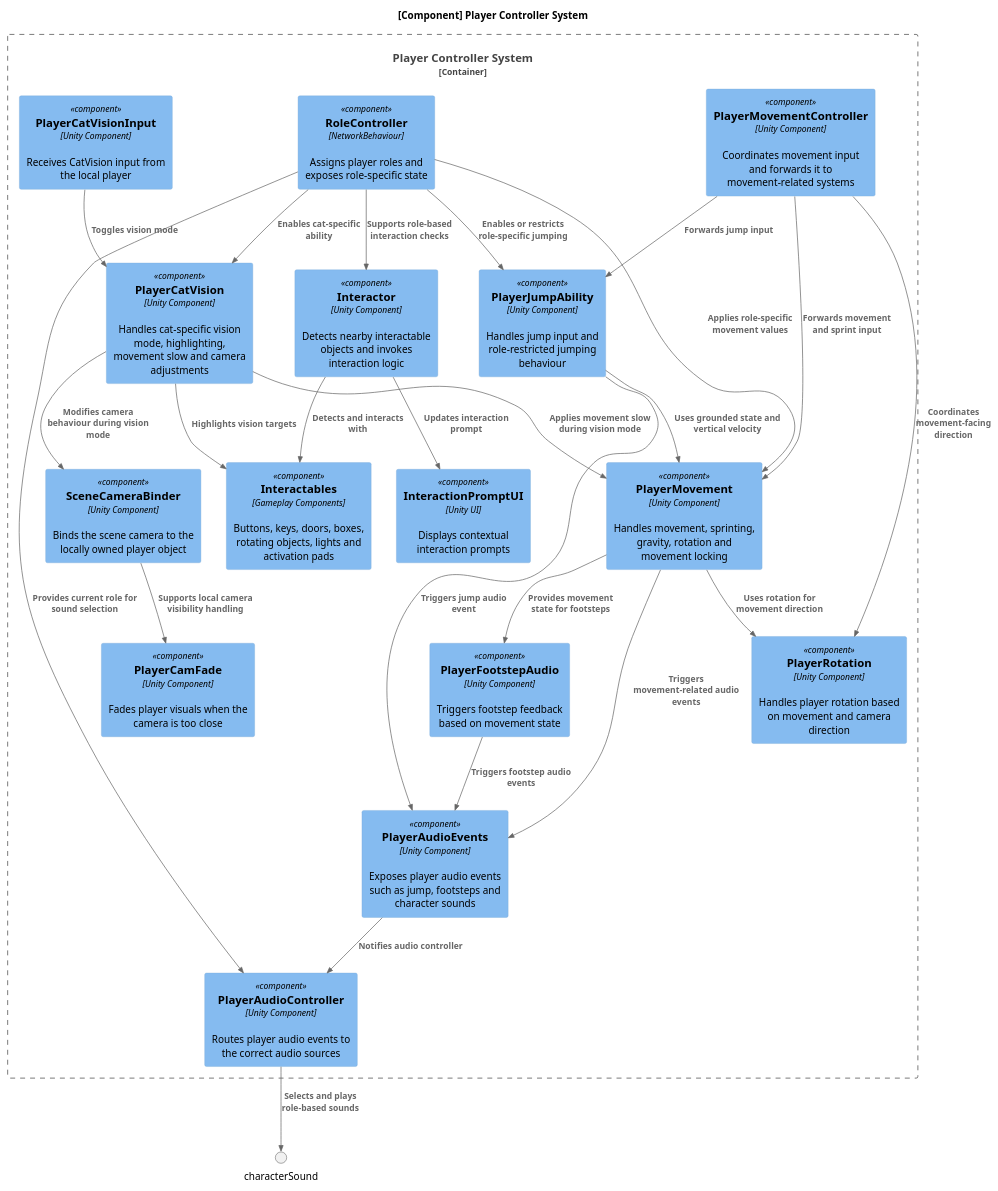
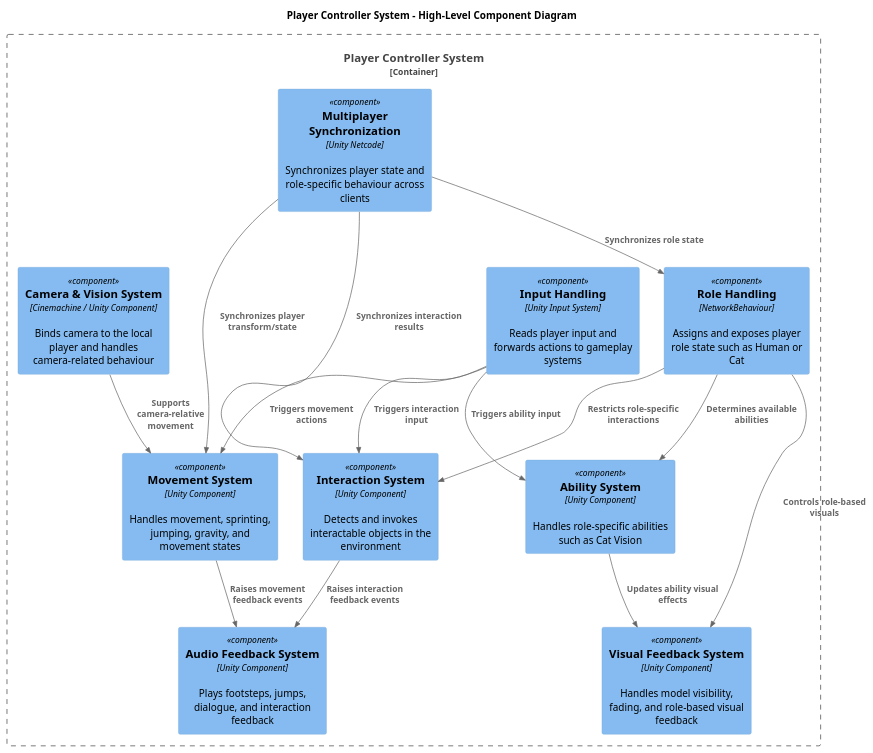
The diagram in Diagrams/Player Controller System/C4_ContextDiagram.puml (Bachelor-Parallax/Parallax), drawn with PlantUML before and after one commit. The commit also changed 2 other files, not shown here.

```diff
--- a/Diagrams/Player Controller System/C4_ContextDiagram.puml
+++ b/Diagrams/Player Controller System/C4_ContextDiagram.puml
@@ -1,72 +1,45 @@
-@startuml
+@startuml PCS_HighLevel_Component
+
 !include https://raw.githubusercontent.com/plantuml-stdlib/C4-PlantUML/master/C4_Component.puml
 
-SHOW_PERSON_OUTLINE()
-
-title [Component] Player Controller System
+title Player Controller System - High-Level Component Diagram
 
 Container_Boundary(pcs, "Player Controller System") {
 
-    Component(roleController, "RoleController", "NetworkBehaviour", "Assigns player roles and exposes role-specific state")
+    Component(input, "Input Handling", "Unity Input System", "Reads player input and forwards actions to gameplay systems")
 
-    Component(movementController, "PlayerMovementController", "Unity Component", "Coordinates movement input and forwards it to movement-related systems")
+    Component(movement, "Movement System", "Unity Component", "Handles movement, sprinting, jumping, gravity, and movement states")
 
-    Component(playerMovement, "PlayerMovement", "Unity Component", "Handles movement, sprinting, gravity, rotation and movement locking")
+    Component(interaction, "Interaction System", "Unity Component", "Detects and invokes interactable objects in the environment")
 
-    Component(jumpAbility, "PlayerJumpAbility", "Unity Component", "Handles jump input and role-restricted jumping behaviour")
+    Component(camera, "Camera & Vision System", "Cinemachine / Unity Component", "Binds camera to the local player and handles camera-related behaviour")
 
-    Component(catVisionInput, "PlayerCatVisionInput", "Unity Component", "Receives CatVision input from the local player")
+    Component(abilities, "Ability System", "Unity Component", "Handles role-specific abilities such as Cat Vision")
 
-    Component(catVision, "PlayerCatVision", "Unity Component", "Handles cat-specific vision mode, highlighting, movement slow and camera adjustments")
+    Component(audio, "Audio Feedback System", "Unity Component", "Plays footsteps, jumps, dialogue, and interaction feedback")
 
-    Component(interactor, "Interactor", "Unity Component", "Detects nearby interactable objects and invokes interaction logic")
+    Component(role, "Role Handling", "NetworkBehaviour", "Assigns and exposes player role state such as Human or Cat")
 
-    Component(promptUI, "InteractionPromptUI", "Unity UI", "Displays contextual interaction prompts")
+    Component(visual, "Visual Feedback System", "Unity Component", "Handles model visibility, fading, and role-based visual feedback")
 
-    Component(audioEvents, "PlayerAudioEvents", "Unity Component", "Exposes player audio events such as jump, footsteps and character sounds")
-
-    Component(audioController, "PlayerAudioController", "Unity Component", "Routes player audio events to the correct audio sources")
-
-    Component(footstepAudio, "PlayerFootstepAudio", "Unity Component", "Triggers footstep feedback based on movement state")
-
-    Component(rotation, "PlayerRotation", "Unity Component", "Handles player rotation based on movement and camera direction")
-
-    Component(cameraBinder, "SceneCameraBinder", "Unity Component", "Binds the scene camera to the locally owned player object")
-
-    Component(camFade, "PlayerCamFade", "Unity Component", "Fades player visuals when the camera is too close")
-
-    Component(interactables, "Interactables", "Gameplay Components", "Buttons, keys, doors, boxes, rotating objects, lights and activation pads")
+    Component(network, "Multiplayer Synchronization", "Unity Netcode", "Synchronizes player state and role-specific behaviour across clients")
 }
 
-Rel(roleController, playerMovement, "Applies role-specific movement values")
-Rel(roleController, jumpAbility, "Enables or restricts role-specific jumping")
-Rel(roleController, catVision, "Enables cat-specific ability")
-Rel(roleController, interactor, "Supports role-based interaction checks")
-Rel(roleController, audioController, "Provides current role for sound selection")
+Rel(input, movement, "Triggers movement actions")
+Rel(input, interaction, "Triggers interaction input")
+Rel(input, abilities, "Triggers ability input")
 
-Rel(movementController, playerMovement, "Forwards movement and sprint input")
-Rel(movementController, jumpAbility, "Forwards jump input")
-Rel(movementController, rotation, "Coordinates movement-facing direction")
+Rel(role, abilities, "Determines available abilities")
+Rel(role, visual, "Controls role-based visuals")
+Rel(role, interaction, "Restricts role-specific interactions")
 
-Rel(playerMovement, rotation, "Uses rotation for movement direction")
-Rel(playerMovement, footstepAudio, "Provides movement state for footsteps")
-Rel(playerMovement, audioEvents, "Triggers movement-related audio events")
+Rel(movement, audio, "Raises movement feedback events")
+Rel(interaction, audio, "Raises interaction feedback events")
+Rel(abilities, visual, "Updates ability visual effects")
 
-Rel(jumpAbility, playerMovement, "Uses grounded state and vertical velocity")
-Rel(jumpAbility, audioEvents, "Triggers jump audio event")
-
-Rel(catVisionInput, catVision, "Toggles vision mode")
-Rel(catVision, playerMovement, "Applies movement slow during vision mode")
-Rel(catVision, cameraBinder, "Modifies camera behaviour during vision mode")
-Rel(catVision, interactables, "Highlights vision targets")
-
-Rel(interactor, interactables, "Detects and interacts with")
-Rel(interactor, promptUI, "Updates interaction prompt")
-
-Rel(footstepAudio, audioEvents, "Triggers footstep audio events")
-Rel(audioEvents, audioController, "Notifies audio controller")
-Rel(audioController, characterSound, "Selects and plays role-based sounds")
-
-Rel(cameraBinder, camFade, "Supports local camera visibility handling")
+Rel(camera, movement, "Supports camera-relative movement")
+Rel(network, role, "Synchronizes role state")
+Rel(network, movement, "Synchronizes player transform/state")
+Rel(network, interaction, "Synchronizes interaction results")
 
 @enduml
```
